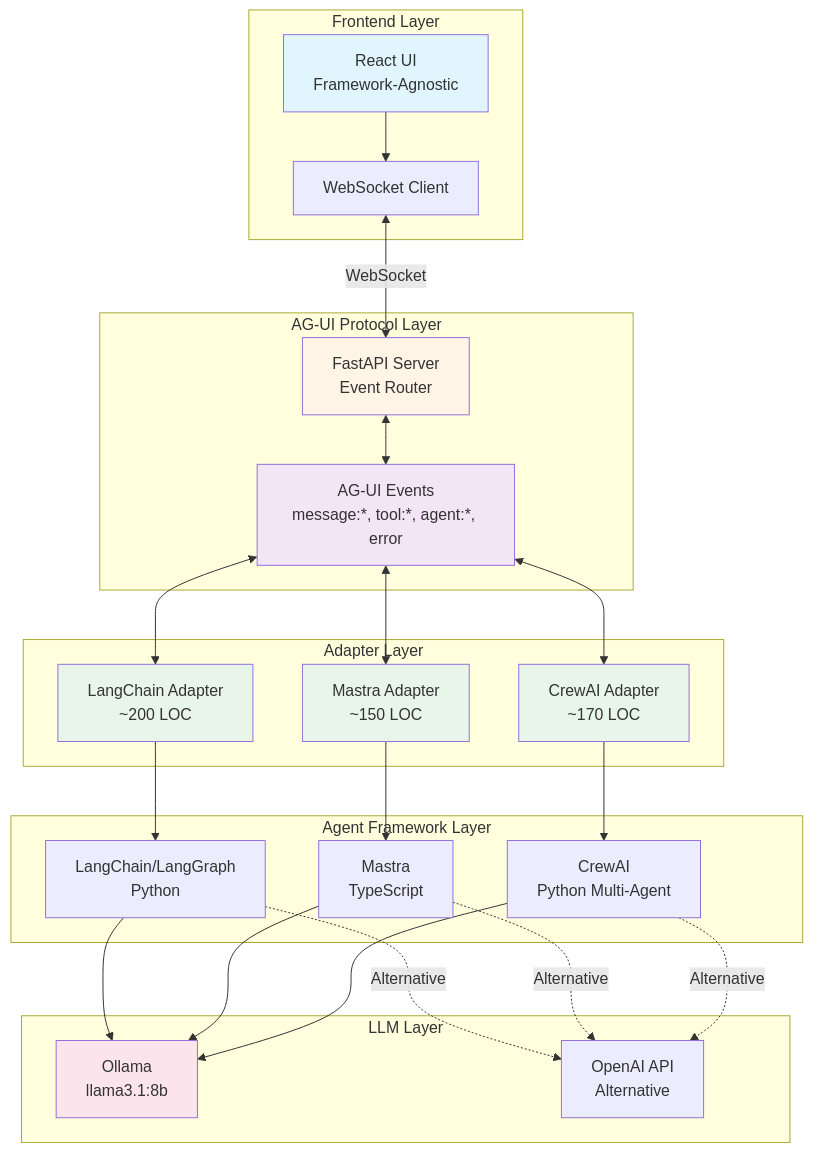
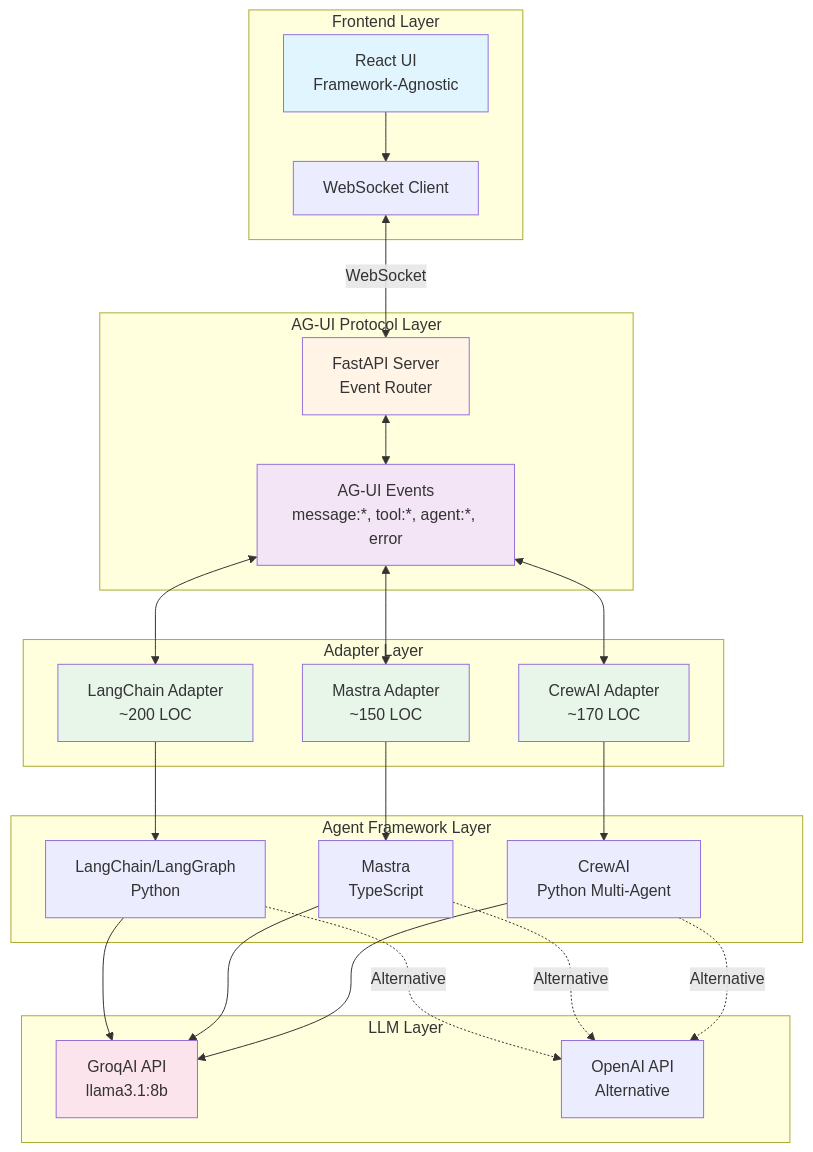
Before and after one commit to Mayurdoiphode55/agui-spike-001: the diagram in README.md, drawn with Mermaid.

````diff
--- a/README.md
+++ b/README.md
@@ -19,56 +19,56 @@
 ```mermaid
 graph TB
     subgraph "Frontend Layer"
         UI[React UI<br/>Framework-Agnostic]
         WS[WebSocket Client]
         UI --> WS
     end
 
     subgraph "AG-UI Protocol Layer"
         Server[FastAPI Server<br/>Event Router]
         Events[AG-UI Events<br/>message:*, tool:*, agent:*, error]
     end
 
     subgraph "Adapter Layer"
         LangChain[LangChain Adapter<br/>~200 LOC]
         Mastra[Mastra Adapter<br/>~150 LOC]
         CrewAI[CrewAI Adapter<br/>~170 LOC]
     end
 
     subgraph "Agent Framework Layer"
         LC[LangChain/LangGraph<br/>Python]
         MA[Mastra<br/>TypeScript]
         CA[CrewAI<br/>Python Multi-Agent]
     end
 
     subgraph "LLM Layer"
-        Ollama[Ollama<br/>llama3.1:8b]
+        GroqAI[GroqAI API<br>llama3.1:8b]
         OpenAI[OpenAI API<br/>Alternative]
     end
 
     WS <-->|WebSocket| Server
     Server <--> Events
     Events <--> LangChain
     Events <--> Mastra
     Events <--> CrewAI
     
     LangChain --> LC
     Mastra --> MA
     CrewAI --> CA
     
-    LC --> Ollama
-    MA --> Ollama
-    CA --> Ollama
+    LC --> GroqAI
+    MA --> GroqAI
+    CA --> GroqAI
     
     LC -.->|Alternative| OpenAI
     MA -.->|Alternative| OpenAI
     CA -.->|Alternative| OpenAI
 
     style UI fill:#e1f5ff
     style Server fill:#fff4e6
     style Events fill:#f3e5f5
     style LangChain fill:#e8f5e9
     style Mastra fill:#e8f5e9
     style CrewAI fill:#e8f5e9
-    style Ollama fill:#fce4ec
+    style GroqAI fill:#fce4ec
 ```
````
